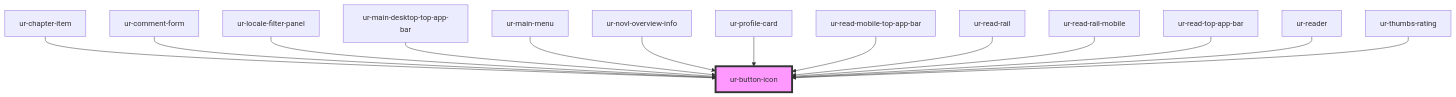
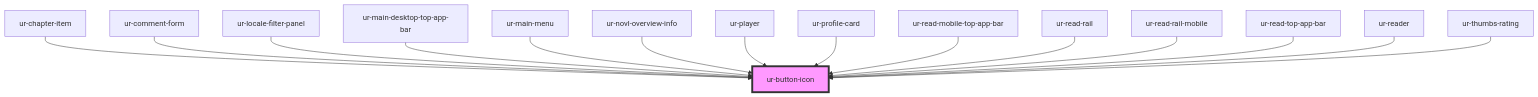
One commit to hellish/urnovl-web-components changed the diagram in src/components/ur-button-icon/readme.md. Above: the diagram before and after it, drawn with Mermaid. The commit also changed other lines of this file and 27 other files, not shown here.

````diff
--- a/src/components/ur-button-icon/readme.md
+++ b/src/components/ur-button-icon/readme.md
@@ -45,17 +46,18 @@
 ```mermaid
 graph TD;
   ur-chapter-item --> ur-button-icon
   ur-comment-form --> ur-button-icon
   ur-locale-filter-panel --> ur-button-icon
   ur-main-desktop-top-app-bar --> ur-button-icon
   ur-main-menu --> ur-button-icon
   ur-novl-overview-info --> ur-button-icon
+  ur-player --> ur-button-icon
   ur-profile-card --> ur-button-icon
   ur-read-mobile-top-app-bar --> ur-button-icon
   ur-read-rail --> ur-button-icon
   ur-read-rail-mobile --> ur-button-icon
   ur-read-top-app-bar --> ur-button-icon
   ur-reader --> ur-button-icon
   ur-thumbs-rating --> ur-button-icon
   style ur-button-icon fill:#f9f,stroke:#333,stroke-width:4px
 ```
````
